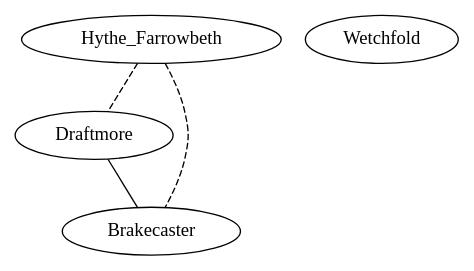
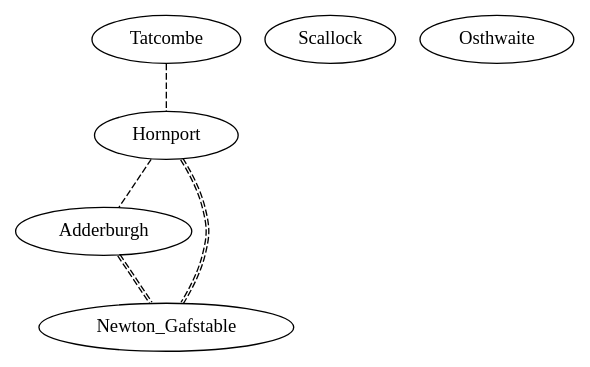
The diagram in simoutput.dot (CodeLuaPro/oose_assignment_2), drawn with Graphviz before and after one commit. The commit also changed 66 other files, not shown here.

```diff
--- a/simoutput.dot
+++ b/simoutput.dot
@@ -1,10 +1,13 @@
 graph Towns {
-Draftmore
-Brakecaster
-Hythe_Farrowbeth
-Wetchfold
+Hornport
+Adderburgh
+Tatcombe
+Newton_Gafstable
+Scallock
+Osthwaite
 
-Draftmore -- Brakecaster 
-Hythe_Farrowbeth -- Draftmore [style="dashed"]
-Hythe_Farrowbeth -- Brakecaster [style="dashed"]
+Hornport -- Newton_Gafstable [style="dashed",color="black:black"]
+Adderburgh -- Newton_Gafstable [style="dashed",color="black:black"]
+Hornport -- Adderburgh [style="dashed"]
+Tatcombe -- Hornport [style="dashed"]
 }
```
